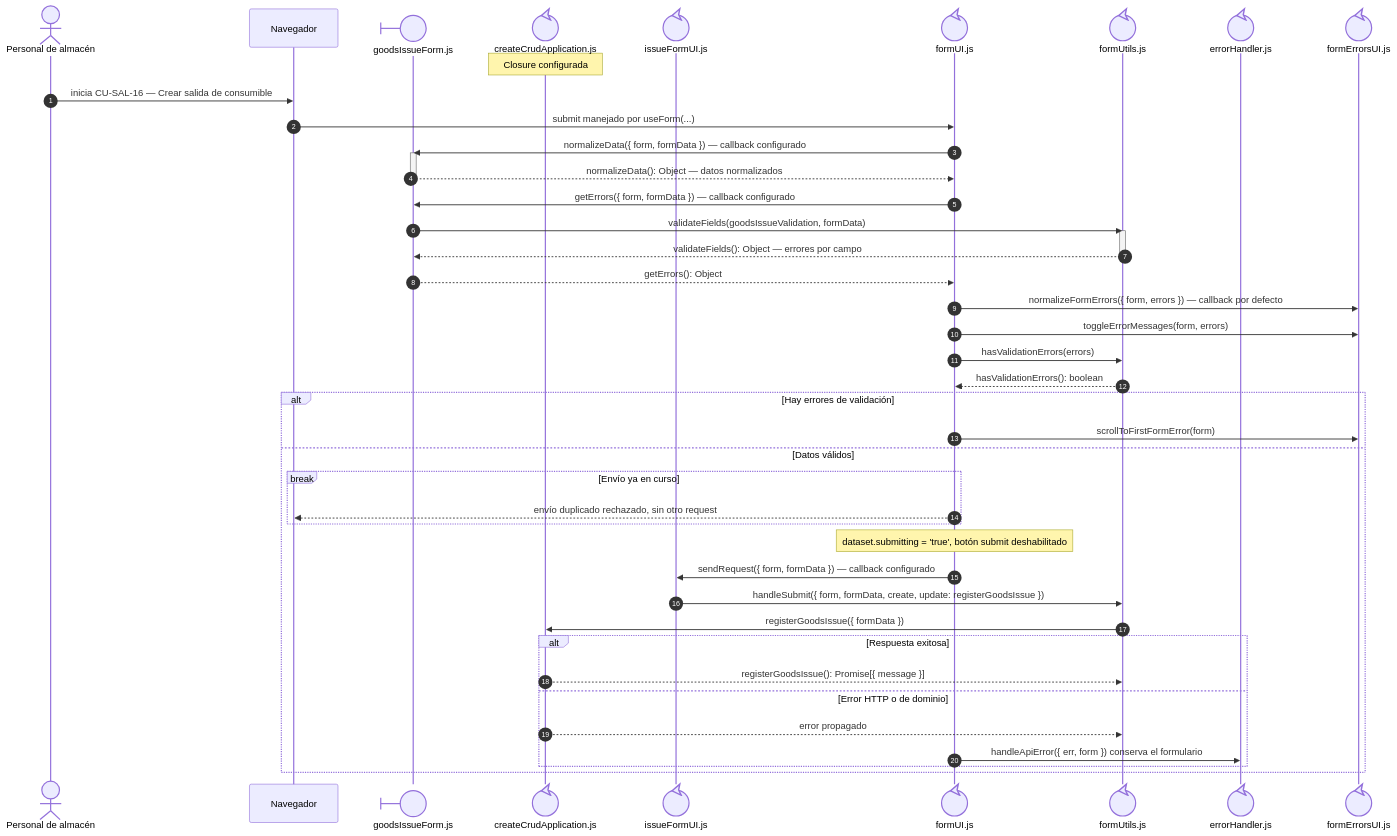
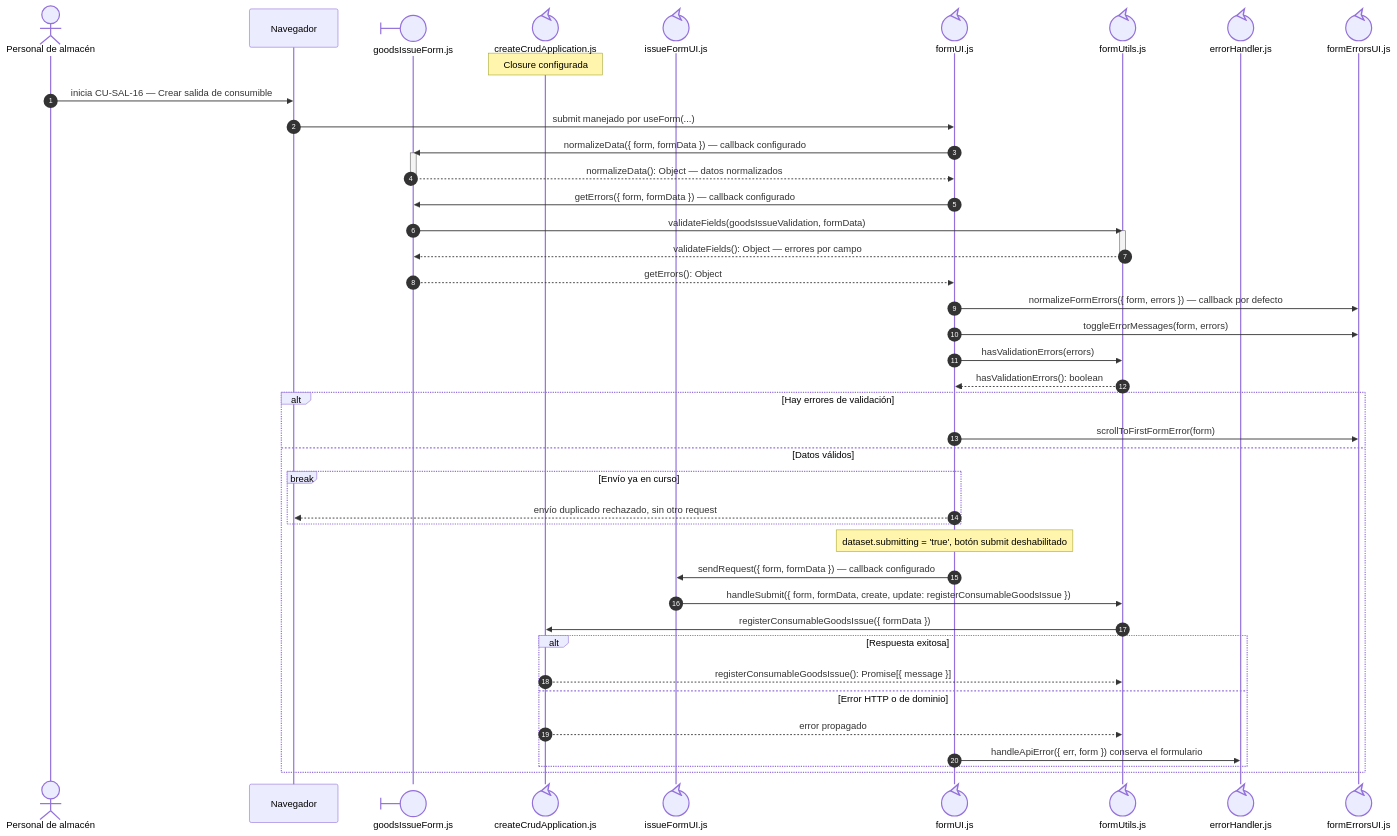
Before and after one commit to gpgsistemas01/nexus: the second of 3 diagrams in docs/architecture/views/processes/frontend-code-sequences/issues/cu-sal-16.md, drawn with Mermaid. The commit also changed other lines of this file and 142 other files, not shown here.

````diff
--- a/docs/architecture/views/processes/frontend-code-sequences/issues/cu-sal-16.md
+++ b/docs/architecture/views/processes/frontend-code-sequences/issues/cu-sal-16.md
@@ -136,49 +137,49 @@
 ```mermaid
 sequenceDiagram
     autonumber
     actor Initiator as Personal de almacén
     participant Browser as Navegador
     participant View@{ "type": "boundary" } as goodsIssueForm.js
     participant Application@{ "type": "control" } as createCrudApplication.js
     participant IssueUI@{ "type": "control" } as issueFormUI.js
     participant Form@{ "type": "control" } as formUI.js
     participant FormUtils@{ "type": "control" } as formUtils.js
 
     participant FileErrorHandler@{ "type": "control" } as errorHandler.js
     participant FileFormErrorsUI@{ "type": "control" } as formErrorsUI.js
 
     Note over Application: Closure configurada
     Initiator->>Browser: inicia CU-SAL-16 — Crear salida de consumible
     Browser->>Form: submit manejado por useForm(...)
     Form->>View: normalizeData({ form, formData }) — callback configurado
     activate View
     View-->>Form: normalizeData(): Object — datos normalizados
     deactivate View
     Form->>View: getErrors({ form, formData }) — callback configurado
     View->>FormUtils: validateFields(goodsIssueValidation, formData)
     activate FormUtils
     FormUtils-->>View: validateFields(): Object — errores por campo
     deactivate FormUtils
     View-->>Form: getErrors(): Object
     Form->>FileFormErrorsUI: normalizeFormErrors({ form, errors }) — callback por defecto
     Form->>FileFormErrorsUI: toggleErrorMessages(form, errors)
     Form->>FormUtils: hasValidationErrors(errors)
     FormUtils-->>Form: hasValidationErrors(): boolean
     alt Hay errores de validación
         Form->>FileFormErrorsUI: scrollToFirstFormError(form)
     else Datos válidos
         break Envío ya en curso
             Form-->>Browser: envío duplicado rechazado, sin otro request
     end
         Note over Form: dataset.submitting = 'true', botón submit deshabilitado
         Form->>IssueUI: sendRequest({ form, formData }) — callback configurado
-        IssueUI->>FormUtils: handleSubmit({ form, formData, create, update: registerGoodsIssue })
-        FormUtils->>Application: registerGoodsIssue({ formData })
+        IssueUI->>FormUtils: handleSubmit({ form, formData, create, update: registerConsumableGoodsIssue })
+        FormUtils->>Application: registerConsumableGoodsIssue({ formData })
         alt Respuesta exitosa
-            Application-->>FormUtils: registerGoodsIssue(): Promise[{ message }]
+            Application-->>FormUtils: registerConsumableGoodsIssue(): Promise[{ message }]
         else Error HTTP o de dominio
             Application-->>FormUtils: error propagado
             Form->>FileErrorHandler: handleApiError({ err, form }) conserva el formulario
     end
     end
 ```
````
